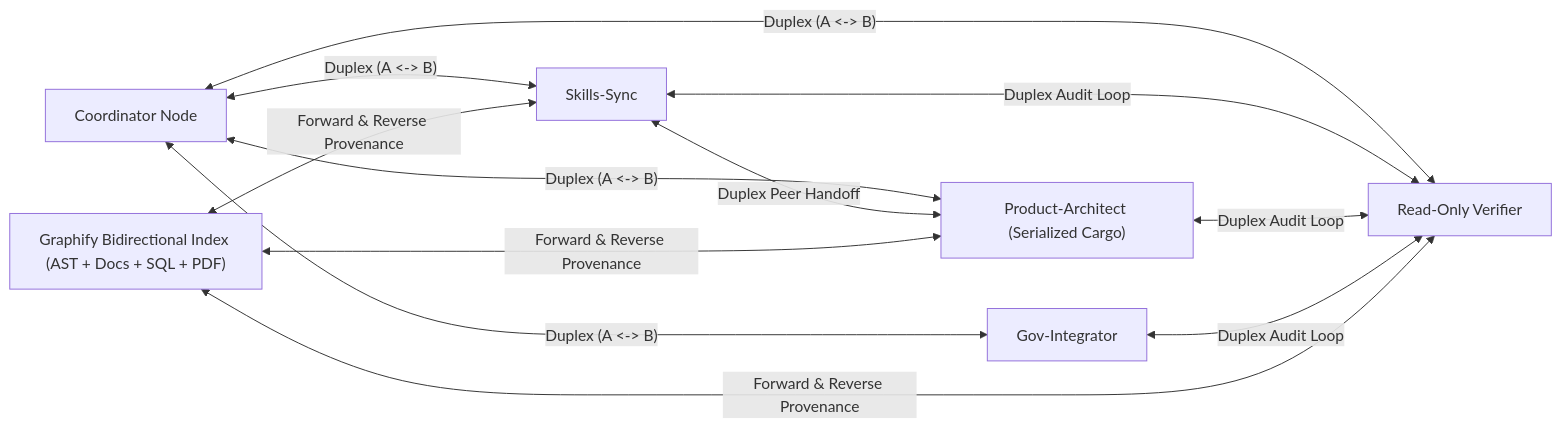
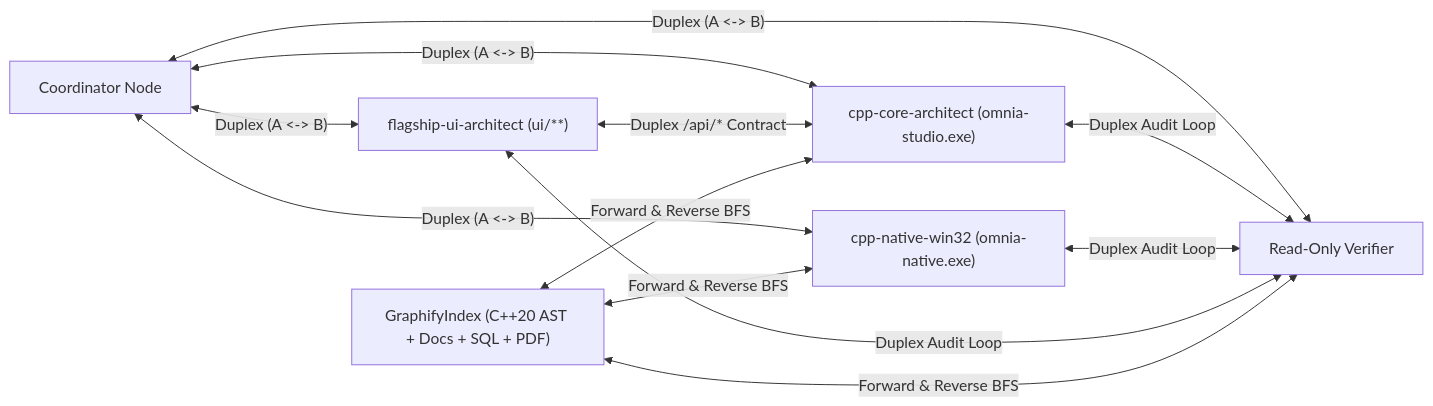
The diagram in docs/handoff/BIDIRECTIONAL_AGENT_GRAPH_AND_GRAPHIFY.md (khang-macphuc111107/omnia), drawn with Mermaid before and after one commit. The commit also changed other lines of this file and 2058 other files, not shown here.

````diff
--- a/docs/handoff/BIDIRECTIONAL_AGENT_GRAPH_AND_GRAPHIFY.md
+++ b/docs/handoff/BIDIRECTIONAL_AGENT_GRAPH_AND_GRAPHIFY.md
@@ -20,14 +22,14 @@
 ```mermaid
 flowchart LR
-    Coord["Coordinator Node"] <-->|"Duplex (A <-> B)"| Arch["Product-Architect (Serialized Cargo)"]
-    Coord <-->|"Duplex (A <-> B)"| Skills["Skills-Sync"]
-    Coord <-->|"Duplex (A <-> B)"| Gov["Gov-Integrator"]
+    Coord["Coordinator Node"] <-->|"Duplex (A <-> B)"| CppCore["cpp-core-architect (omnia-studio.exe)"]
+    Coord <-->|"Duplex (A <-> B)"| Win32["cpp-native-win32 (omnia-native.exe)"]
+    Coord <-->|"Duplex (A <-> B)"| StudioUI["flagship-ui-architect (ui/**)"]
     Coord <-->|"Duplex (A <-> B)"| Verifier["Read-Only Verifier"]
-    Skills <-->|"Duplex Peer Handoff"| Arch
-    Skills <-->|"Duplex Audit Loop"| Verifier
-    Arch <-->|"Duplex Audit Loop"| Verifier
-    Gov <-->|"Duplex Audit Loop"| Verifier
-    KG["Graphify Bidirectional Index (AST + Docs + SQL + PDF)"] <-->|"Forward & Reverse Provenance"| Arch
-    KG <-->|"Forward & Reverse Provenance"| Skills
-    KG <-->|"Forward & Reverse Provenance"| Verifier
+    StudioUI <-->|"Duplex /api/* Contract"| CppCore
+    CppCore <-->|"Duplex Audit Loop"| Verifier
+    Win32 <-->|"Duplex Audit Loop"| Verifier
+    StudioUI <-->|"Duplex Audit Loop"| Verifier
+    KG["GraphifyIndex (C++20 AST + Docs + SQL + PDF)"] <-->|"Forward & Reverse BFS"| CppCore
+    KG <-->|"Forward & Reverse BFS"| Win32
+    KG <-->|"Forward & Reverse BFS"| Verifier
 ```
````
